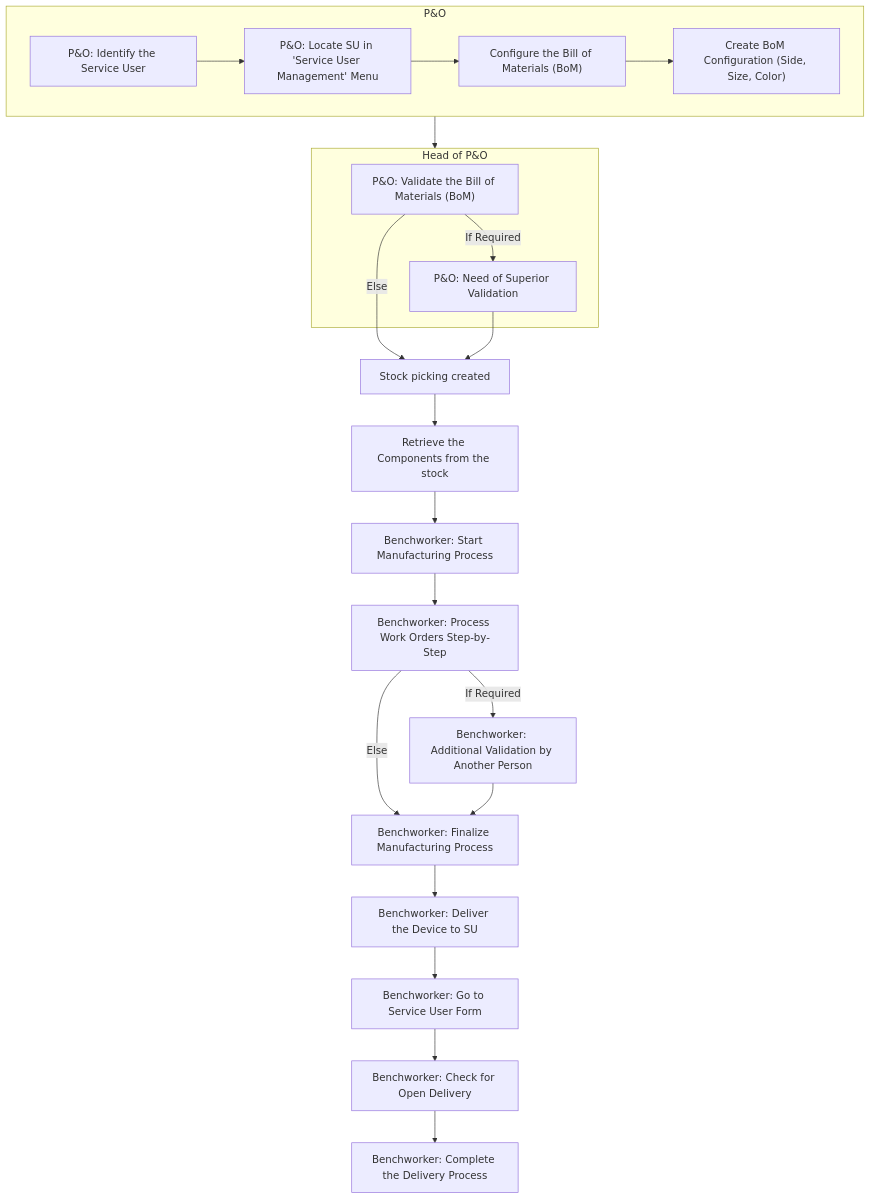
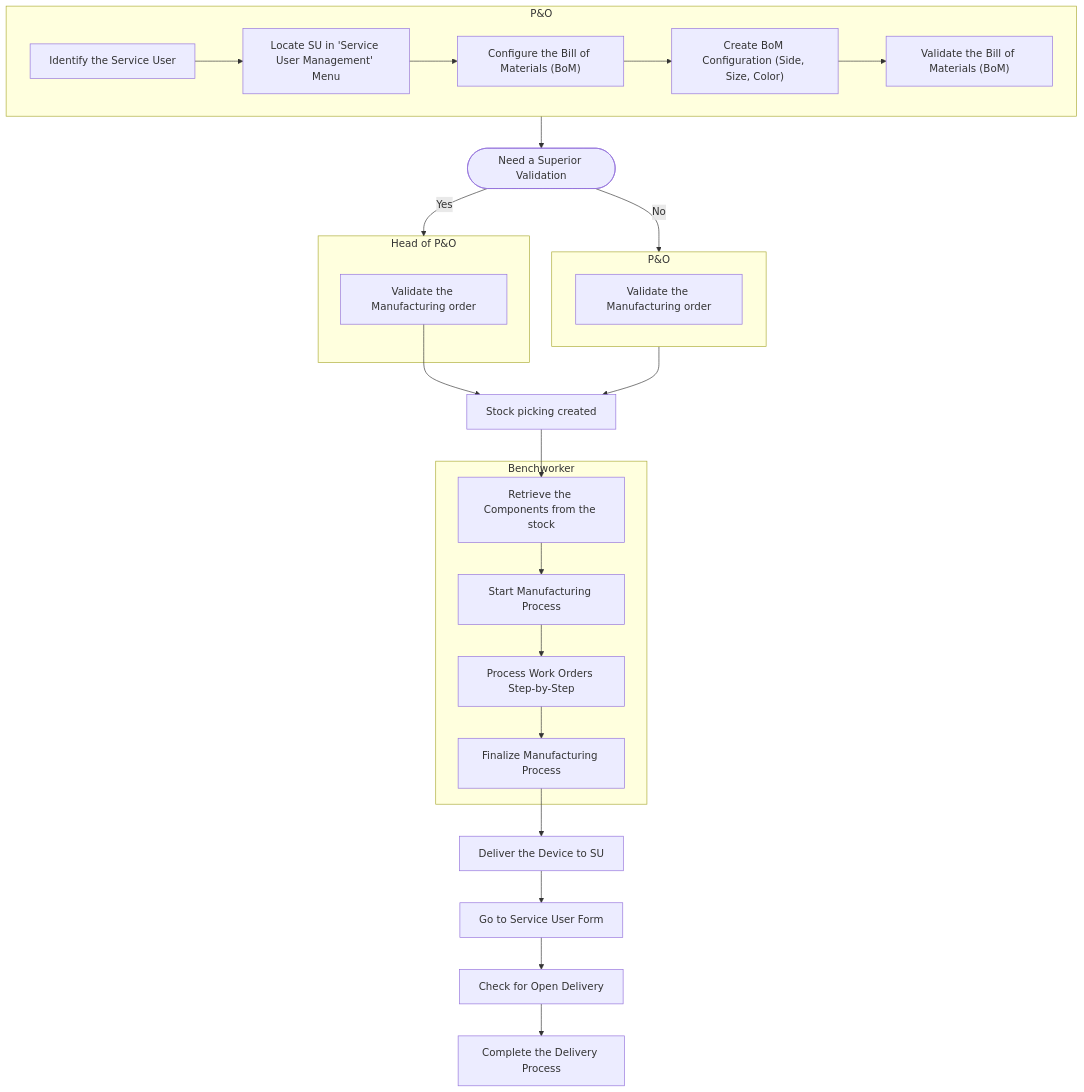
One commit to icrc/digitalhealth-docs changed the diagram in digital-center-management-system-v2/odoo/materials-request-mrp/README.md. Above: the diagram before and after it, drawn with Mermaid. The commit also changed other lines of this file and 21 other files, not shown here.

````diff
--- a/digital-center-management-system-v2/odoo/materials-request-mrp/README.md
+++ b/digital-center-management-system-v2/odoo/materials-request-mrp/README.md
@@ -60,31 +60,45 @@
 ```mermaid
 ---
 config:
   theme: mc
-look: neo
 ---
-graph TD;
-    subgraph user1 ["P&O"]
-    A["P&O: Identify the Service User"] --> B["P&O: Locate SU in 'Service User Management' Menu"];
-    B --> C["Configure the Bill of Materials (BoM)"];
-    C --> D["Create BoM Configuration (Side, Size, Color)"];
-    end 
-    subgraph user2 ["Head of P&O"]
-    E["P&O: Validate the Bill of Materials (BoM)"];
-    E -->|If Required| F["P&O: Need of Superior Validation"];
-    end
-    user1 --> user2
-    
-    E -->|Else| G["Stock picking created"];
-    F --> G;
-    G --> G2["Retrieve the Components from the stock"]
-    G2 --> H["Benchworker: Start Manufacturing Process"];
-    H --> I["Benchworker: Process Work Orders Step-by-Step"];
-    I -->|If Required| J["Benchworker: Additional Validation by Another Person"];
-    I -->|Else| K["Benchworker: Complete Manufacturing Order"];
-    J --> K;
-    K["Benchworker: Finalize Manufacturing Process"] --> L["Benchworker: Deliver the Device to SU"];
-    L --> M["Benchworker: Go to Service User Form"];
-    M --> N["Benchworker: Check for Open Delivery"];
-    N --> O["Benchworker: Complete the Delivery Process"];
+flowchart TD
+ subgraph user1["P&O"]
+        B@{ label: "Locate SU in 'Service User Management' Menu" }
+        A["Identify the Service User"]
+        C["Configure the Bill of Materials (BoM)"]
+        D["Create BoM Configuration (Side, Size, Color)"]
+        E["Validate the Bill of Materials (BoM)"]
+  end
+ subgraph user2["Head of P&O"]
+        F["Validate the Manufacturing order"]
+  end
+ subgraph user3["P&O"]
+        n2["Validate the Manufacturing order"]
+  end
+ subgraph Bencworker["Benchworker"]
+        G2["Retrieve the Components from the stock"]
+        H["Start Manufacturing Process"]
+        I["Process Work Orders Step-by-Step"]
+        K["Finalize Manufacturing Process"]
+  end
+    A --> B
+    B --> C
+    C --> D
+    D --> E
+    user1 --> n1(["Need a Superior Validation"])
+    n1 -- Yes --> user2
+    n1 -- No --> user3
+    F --> G["Stock picking created"]
+    G --> G2
+    G2 --> H
+    H --> I
+    K --> L["Deliver the Device to SU"]
+    L --> M["Go to Service User Form"]
+    M --> N["Check for Open Delivery"]
+    N --> O["Complete the Delivery Process"]
+    user3 --> G
+    I --> K
+    B@{ shape: rect}
+
 ```
````
